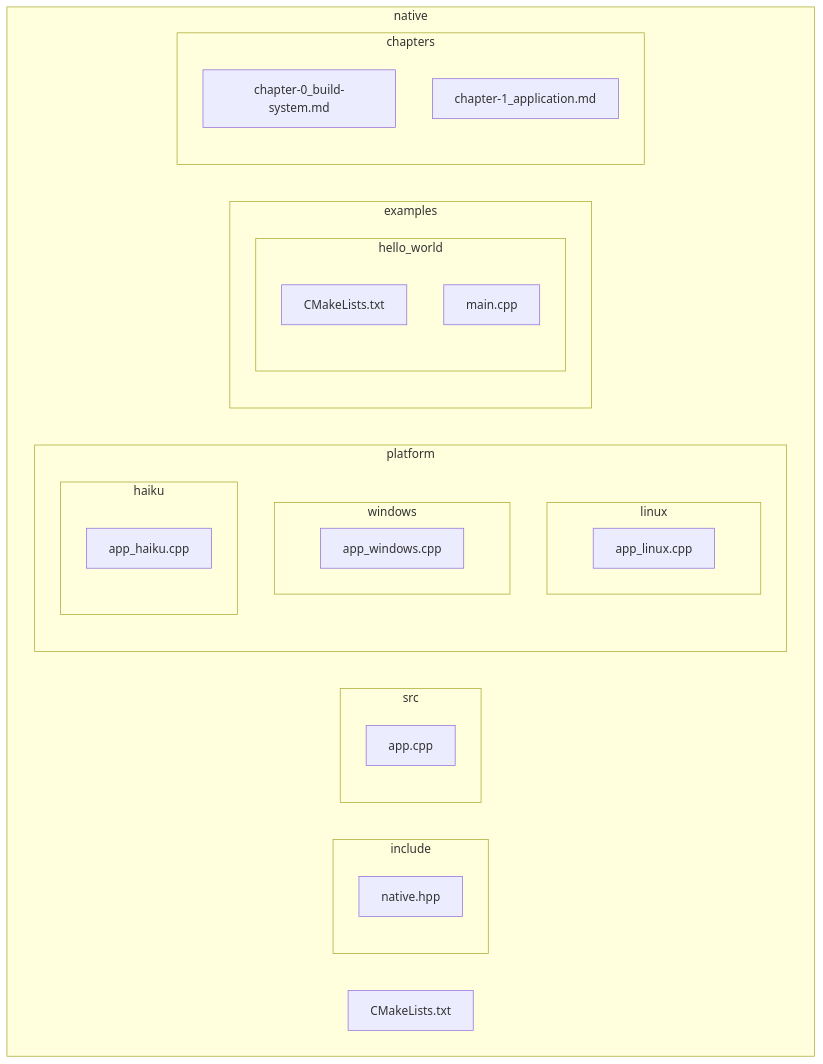
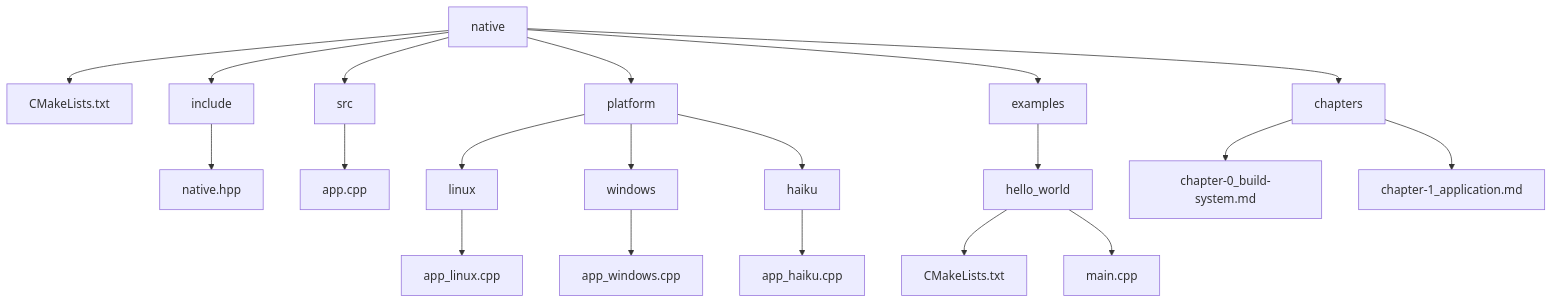
One commit to wischner/native changed the diagram in docs/chapter-0_build-system.md. Above: the diagram before and after it, drawn with Mermaid.

````diff
--- a/docs/chapter-0_build-system.md
+++ b/docs/chapter-0_build-system.md
@@ -27,38 +27,23 @@
 ```mermaid
 graph TB
-    subgraph native
-        CMakeLists["CMakeLists.txt"]
-
-        subgraph include
-            native_hpp["native.hpp"]
-        end
-
-        subgraph src
-            app_cpp["app.cpp"]
-        end
-
-        subgraph platform
-            subgraph linux
-                app_linux["app_linux.cpp"]
-            end
-            subgraph windows
-                app_windows["app_windows.cpp"]
-            end
-            subgraph haiku
-                app_haiku["app_haiku.cpp"]
-            end
-        end
-
-        subgraph examples
-            subgraph hello_world
-                example_cmake["CMakeLists.txt"]
-                example_main["main.cpp"]
-            end
-        end
-
-        subgraph chapters
-            chapter0["chapter-0_build-system.md"]
-            chapter1["chapter-1_application.md"]
-        end
-    end
+    native
+    native --> CMakeLists[CMakeLists.txt]
+    native --> include
+    include --> native_hpp[native.hpp]
+    native --> src
+    src --> app_cpp[app.cpp]
+    native --> platform
+    platform --> linux
+    linux --> app_linux[app_linux.cpp]
+    platform --> windows
+    windows --> app_windows[app_windows.cpp]
+    platform --> haiku
+    haiku --> app_haiku[app_haiku.cpp]
+    native --> examples
+    examples --> hello_world
+    hello_world --> example_cmake[CMakeLists.txt]
+    hello_world --> example_main[main.cpp]
+    native --> chapters
+    chapters --> chapter0[chapter-0_build-system.md]
+    chapters --> chapter1[chapter-1_application.md]
 ```
````
